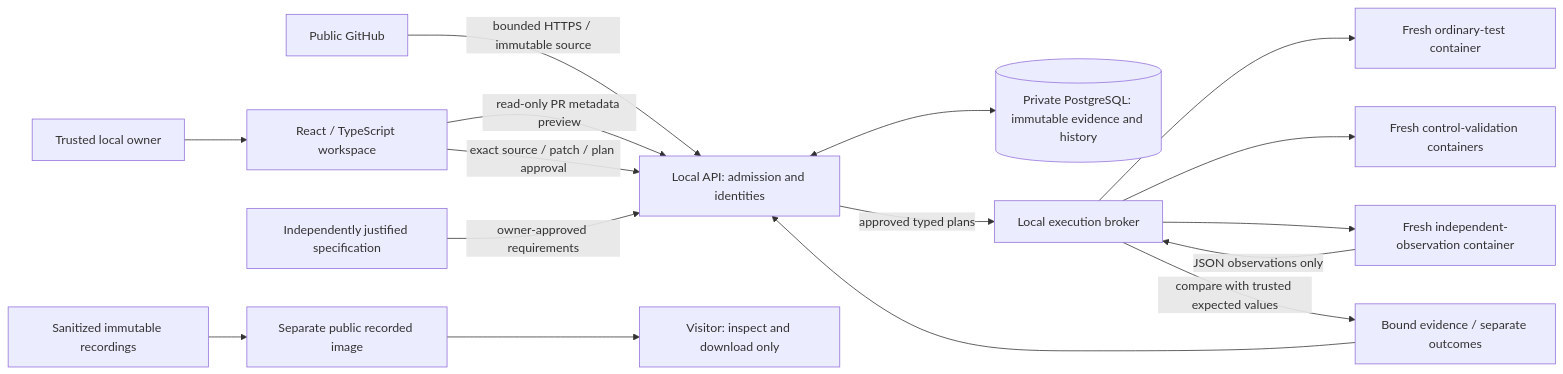
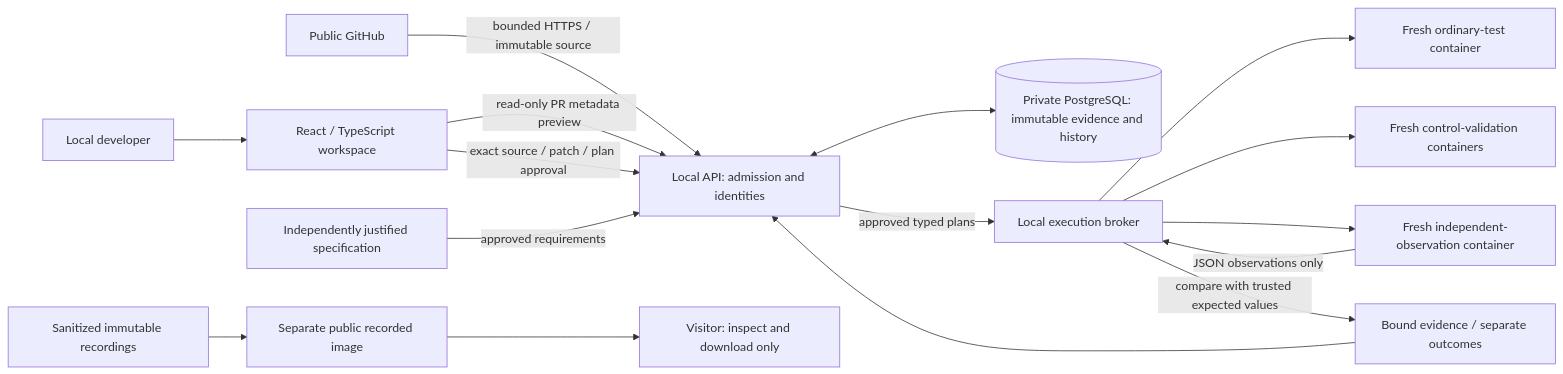
One commit to kabbersokhi-boop/ai-debugging-workbench changed the first of 3 diagrams in docs/ARCHITECTURE.md. Above: the diagram before and after it, drawn with Mermaid. The commit also changed other lines of this file and 35 other files, not shown here.

````diff
--- a/docs/ARCHITECTURE.md
+++ b/docs/ARCHITECTURE.md
@@ -7,18 +7,18 @@
 ```mermaid
 flowchart LR
-    O[Trusted local owner] --> UI[React / TypeScript workspace]
+    O[Local developer] --> UI[React / TypeScript workspace]
     GH[Public GitHub] -->|bounded HTTPS / immutable source| A[Local API: admission and identities]
     UI -->|read-only PR metadata preview| A
     UI -->|exact source / patch / plan approval| A
-    SPEC[Independently justified specification] -->|owner-approved requirements| A
+    SPEC[Independently justified specification] -->|approved requirements| A
     A <--> DB[(Private PostgreSQL: immutable evidence and history)]
     A -->|approved typed plans| B[Local execution broker]
     B --> T[Fresh ordinary-test container]
     B --> C[Fresh control-validation containers]
     B --> I[Fresh independent-observation container]
     I -->|JSON observations only| B
     B -->|compare with trusted expected values| E[Bound evidence / separate outcomes]
     E --> A
     R[Sanitized immutable recordings] --> P[Separate public recorded image]
     P --> V[Visitor: inspect and download only]
 ```
````
